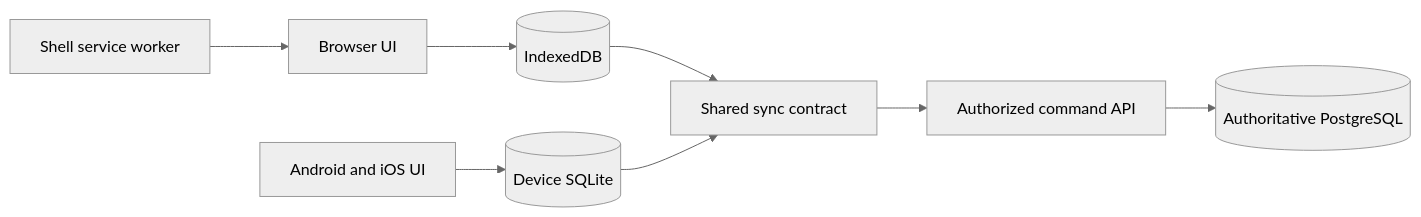
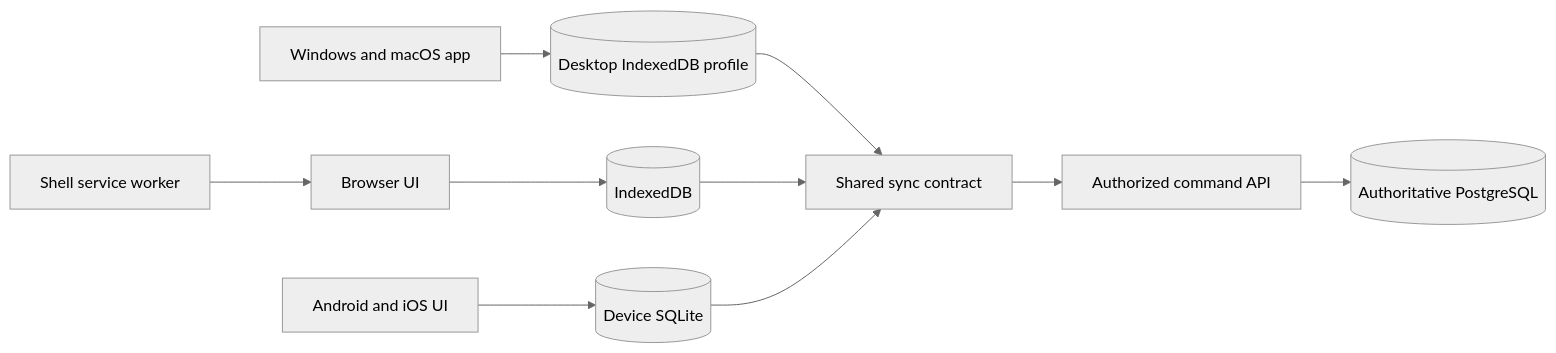
Before and after one commit to fabielone/business-suite: the diagram in docs/requirements/business-suite offline and multiplatform.md, drawn with Mermaid (neutral theme). The commit also changed other lines of this file and 48 other files, not shown here.

Commit message:
Add offline Windows and macOS desktop foundation

````diff
--- a/docs/requirements/business-suite offline and multiplatform.md
+++ b/docs/requirements/business-suite offline and multiplatform.md
@@ -25,10 +25,12 @@
 ```mermaid
 flowchart LR
   Web[Browser UI] --> IDB[(IndexedDB)]
   Shell[Shell service worker] --> Web
   Mobile[Android and iOS UI] --> SQLite[(Device SQLite)]
+  Desktop[Windows and macOS app] --> Profile[(Desktop IndexedDB profile)]
+  Profile --> Sync
   IDB --> Sync[Shared sync contract]
   SQLite --> Sync
   Sync --> API[Authorized command API]
   API --> PG[(Authoritative PostgreSQL)]
 ```
````
